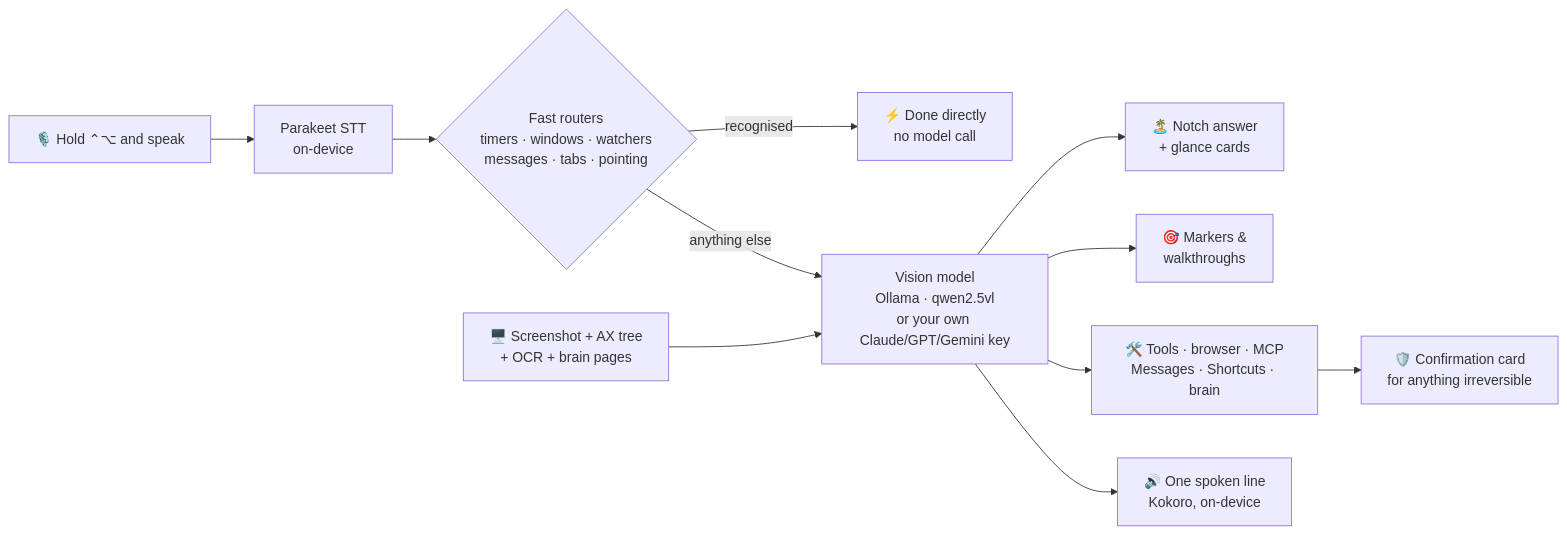
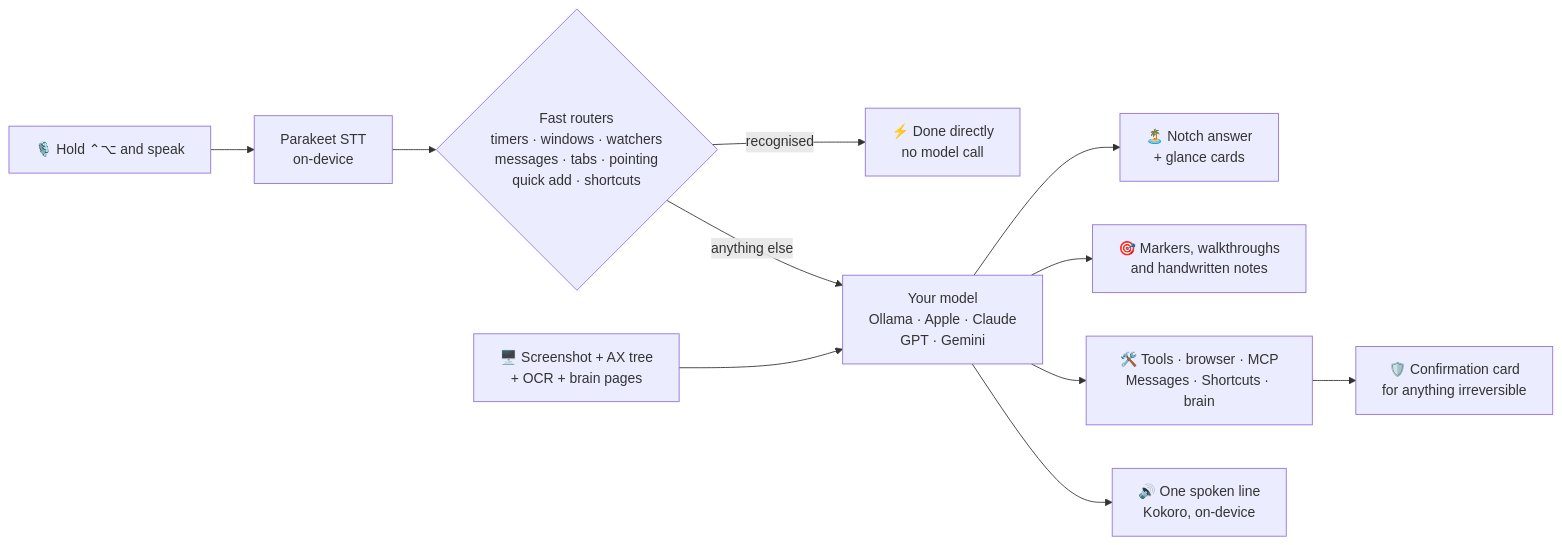
One commit to anaylab/wisp changed the diagram in README.md. Above: the diagram before and after it, drawn with Mermaid. The commit also changed other lines of this file, not shown here.

````diff
--- a/README.md
+++ b/README.md
@@ -247,13 +304,13 @@
 ```mermaid
 flowchart LR
     A["🎙️ Hold ⌃⌥ and speak"] --> B["Parakeet STT<br/>on-device"]
-    B --> R{"Fast routers<br/>timers · windows · watchers<br/>messages · tabs · pointing"}
+    B --> R{"Fast routers<br/>timers · windows · watchers<br/>messages · tabs · pointing<br/>quick add · shortcuts"}
     R -- "recognised" --> X["⚡ Done directly<br/>no model call"]
     R -- "anything else" --> M
-    S["🖥️ Screenshot + AX tree<br/>+ OCR + brain pages"] --> M["Vision model<br/>Ollama · qwen2.5vl<br/>or your own Claude/GPT/Gemini key"]
+    S["🖥️ Screenshot + AX tree<br/>+ OCR + brain pages"] --> M["Your model<br/>Ollama · Apple · Claude<br/>GPT · Gemini"]
     M --> N["🏝️ Notch answer<br/>+ glance cards"]
-    M --> P["🎯 Markers &<br/>walkthroughs"]
+    M --> P["🎯 Markers, walkthroughs<br/>and handwritten notes"]
     M --> T["🛠️ Tools · browser · MCP<br/>Messages · Shortcuts · brain"]
     M --> V["🔊 One spoken line<br/>Kokoro, on-device"]
     T --> C["🛡️ Confirmation card<br/>for anything irreversible"]
 ```
````
